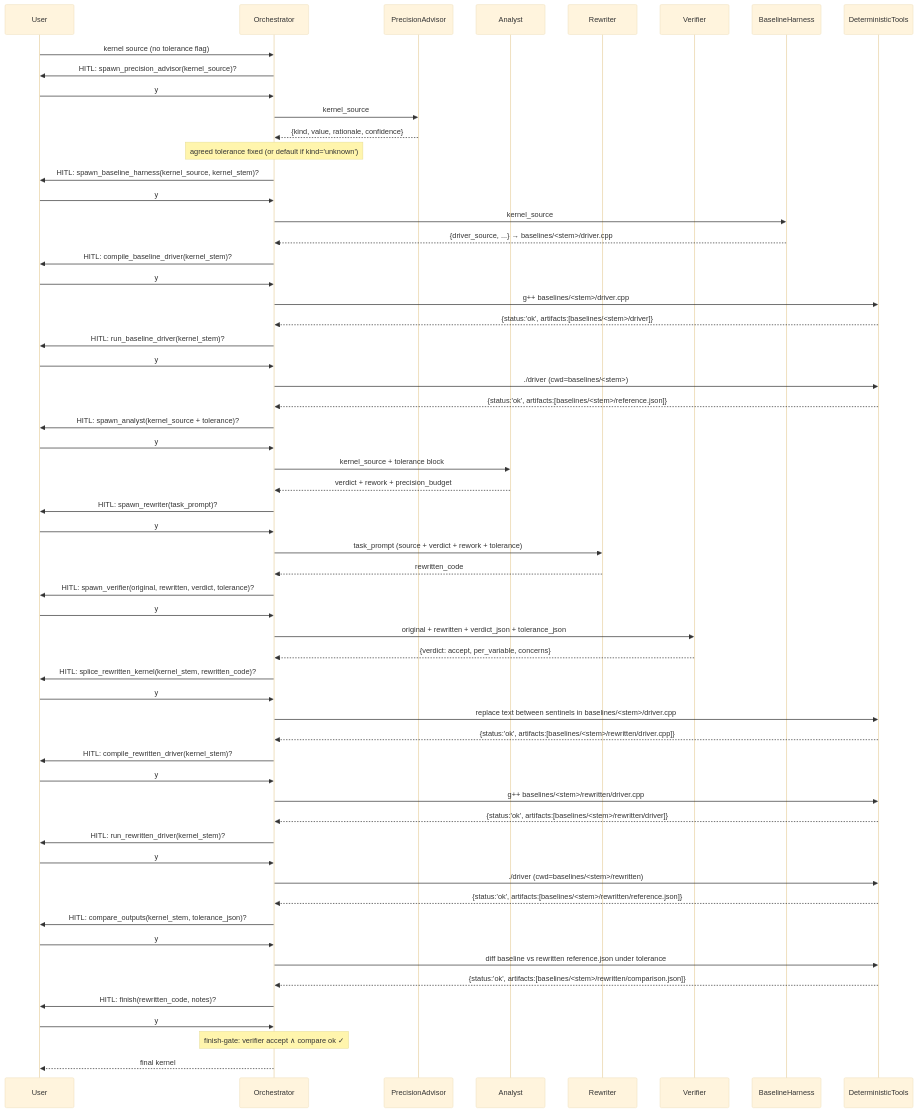
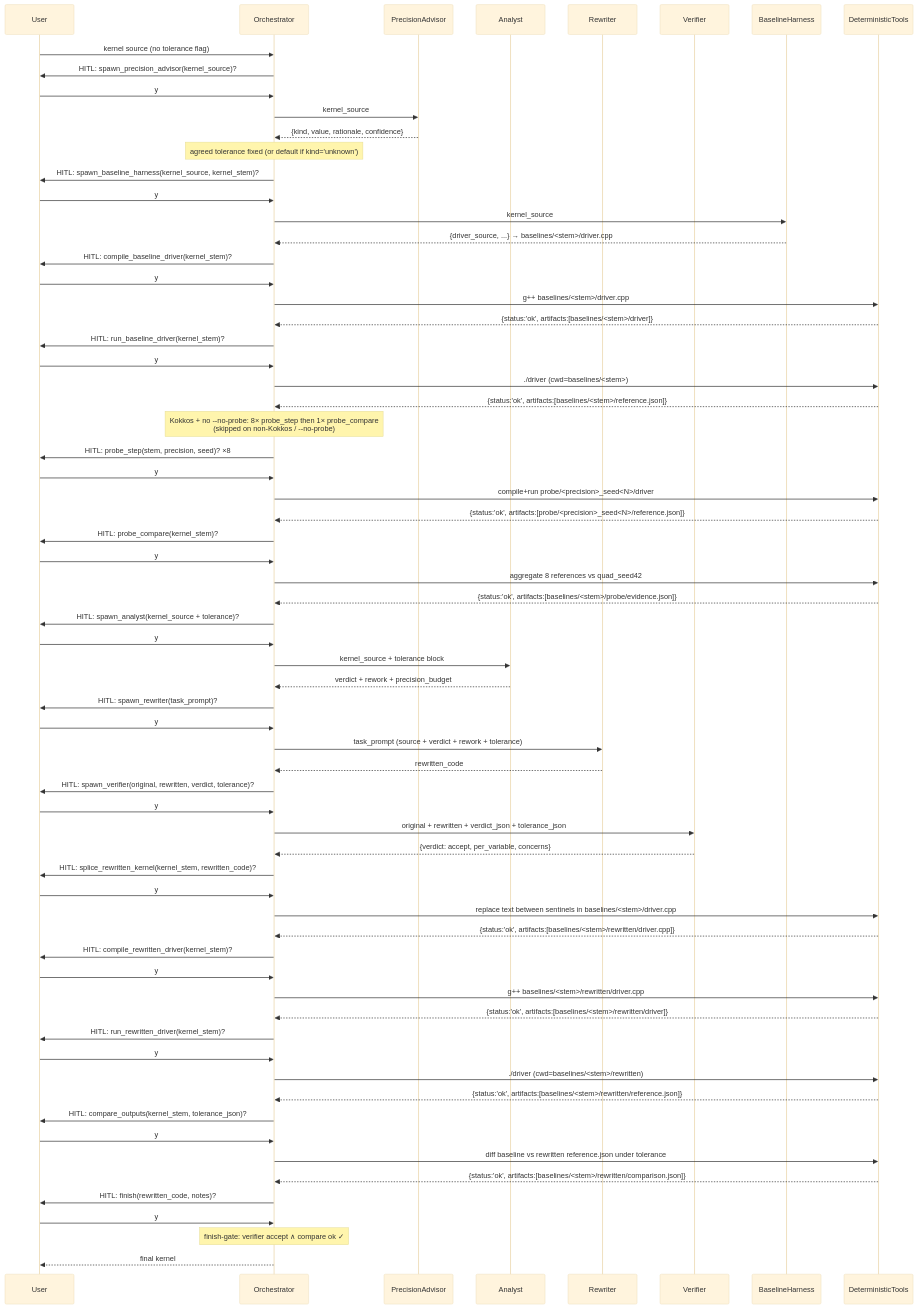
One commit to kmeag-duck/Agent-Precision changed the diagram in README.md. Above: the diagram before and after it, drawn with Mermaid (base theme). The commit also changed other lines of this file and 2 other files, not shown here.

First line of the commit message:
Document the v1 probe pipeline (v1 Commit 5/5)

````diff
--- a/README.md
+++ b/README.md
@@ -134,61 +135,70 @@
 ```mermaid
 sequenceDiagram
   participant User
   participant Orch as Orchestrator
   participant Pa as PrecisionAdvisor
   participant An as Analyst
   participant Rw as Rewriter
   participant Vf as Verifier
   participant Bh as BaselineHarness
   participant Det as DeterministicTools
   User->>Orch: kernel source (no tolerance flag)
   Orch->>User: HITL: spawn_precision_advisor(kernel_source)?
   User->>Orch: y
   Orch->>Pa: kernel_source
   Pa-->>Orch: {kind, value, rationale, confidence}
   Note over Orch: agreed tolerance fixed (or default if kind='unknown')
   Orch->>User: HITL: spawn_baseline_harness(kernel_source, kernel_stem)?
   User->>Orch: y
   Orch->>Bh: kernel_source
   Bh-->>Orch: {driver_source, ...} → baselines/<stem>/driver.cpp
   Orch->>User: HITL: compile_baseline_driver(kernel_stem)?
   User->>Orch: y
   Orch->>Det: g++ baselines/<stem>/driver.cpp
   Det-->>Orch: {status:'ok', artifacts:[baselines/<stem>/driver]}
   Orch->>User: HITL: run_baseline_driver(kernel_stem)?
   User->>Orch: y
   Orch->>Det: ./driver (cwd=baselines/<stem>)
   Det-->>Orch: {status:'ok', artifacts:[baselines/<stem>/reference.json]}
+  Note over Orch: Kokkos + no --no-probe: 8× probe_step then 1× probe_compare<br/>(skipped on non-Kokkos / --no-probe)
+  Orch->>User: HITL: probe_step(stem, precision, seed)? ×8
+  User->>Orch: y
+  Orch->>Det: compile+run probe/<precision>_seed<N>/driver
+  Det-->>Orch: {status:'ok', artifacts:[probe/<precision>_seed<N>/reference.json]}
+  Orch->>User: HITL: probe_compare(kernel_stem)?
+  User->>Orch: y
+  Orch->>Det: aggregate 8 references vs quad_seed42
+  Det-->>Orch: {status:'ok', artifacts:[baselines/<stem>/probe/evidence.json]}
   Orch->>User: HITL: spawn_analyst(kernel_source + tolerance)?
   User->>Orch: y
   Orch->>An: kernel_source + tolerance block
   An-->>Orch: verdict + rework + precision_budget
   Orch->>User: HITL: spawn_rewriter(task_prompt)?
   User->>Orch: y
   Orch->>Rw: task_prompt (source + verdict + rework + tolerance)
   Rw-->>Orch: rewritten_code
   Orch->>User: HITL: spawn_verifier(original, rewritten, verdict, tolerance)?
   User->>Orch: y
   Orch->>Vf: original + rewritten + verdict_json + tolerance_json
   Vf-->>Orch: {verdict: accept, per_variable, concerns}
   Orch->>User: HITL: splice_rewritten_kernel(kernel_stem, rewritten_code)?
   User->>Orch: y
   Orch->>Det: replace text between sentinels in baselines/<stem>/driver.cpp
   Det-->>Orch: {status:'ok', artifacts:[baselines/<stem>/rewritten/driver.cpp]}
   Orch->>User: HITL: compile_rewritten_driver(kernel_stem)?
   User->>Orch: y
   Orch->>Det: g++ baselines/<stem>/rewritten/driver.cpp
   Det-->>Orch: {status:'ok', artifacts:[baselines/<stem>/rewritten/driver]}
   Orch->>User: HITL: run_rewritten_driver(kernel_stem)?
   User->>Orch: y
   Orch->>Det: ./driver (cwd=baselines/<stem>/rewritten)
   Det-->>Orch: {status:'ok', artifacts:[baselines/<stem>/rewritten/reference.json]}
   Orch->>User: HITL: compare_outputs(kernel_stem, tolerance_json)?
   User->>Orch: y
   Orch->>Det: diff baseline vs rewritten reference.json under tolerance
   Det-->>Orch: {status:'ok', artifacts:[baselines/<stem>/rewritten/comparison.json]}
   Orch->>User: HITL: finish(rewritten_code, notes)?
   User->>Orch: y
   Note over Orch: finish-gate: verifier accept ∧ compare ok ✓
   Orch-->>User: final kernel
 ```
````
